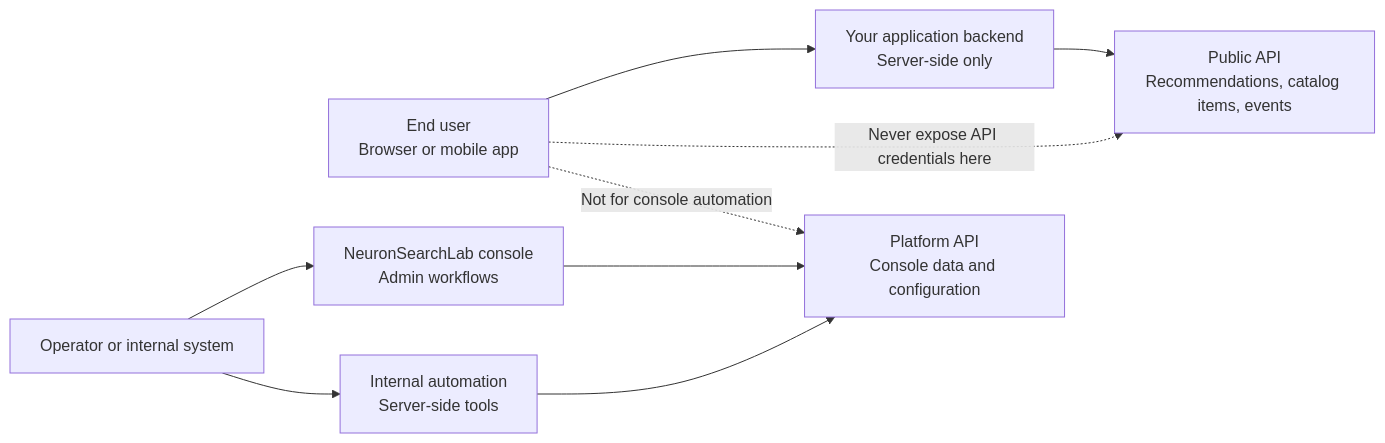
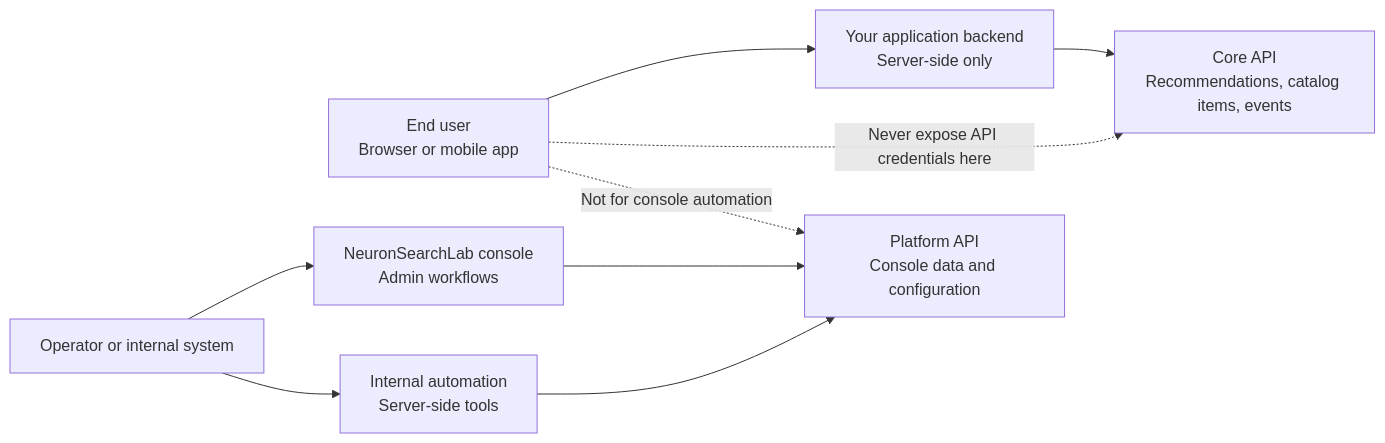
Before and after one commit to NeuronSearchLab/docs: the diagram in api-reference/introduction.mdx, drawn with Mermaid. The commit also changed other lines of this file and 9 other files, not shown here.

Commit message:
Rename Public API to Core API

````diff
--- a/api-reference/introduction.mdx
+++ b/api-reference/introduction.mdx
@@ -14,13 +14,13 @@
 ```mermaid
 flowchart LR
   endUser["End user\nBrowser or mobile app"] --> appBackend["Your application backend\nServer-side only"]
-  appBackend --> publicApi["Public API\nRecommendations, catalog items, events"]
+  appBackend --> coreApi["Core API\nRecommendations, catalog items, events"]
 
   operator["Operator or internal system"] --> console["NeuronSearchLab console\nAdmin workflows"]
   operator --> internalTool["Internal automation\nServer-side tools"]
   console --> platformApi["Platform API\nConsole data and configuration"]
   internalTool --> platformApi
 
-  endUser -. "Never expose API credentials here" .-> publicApi
+  endUser -. "Never expose API credentials here" .-> coreApi
   endUser -. "Not for console automation" .-> platformApi
 ```
````
